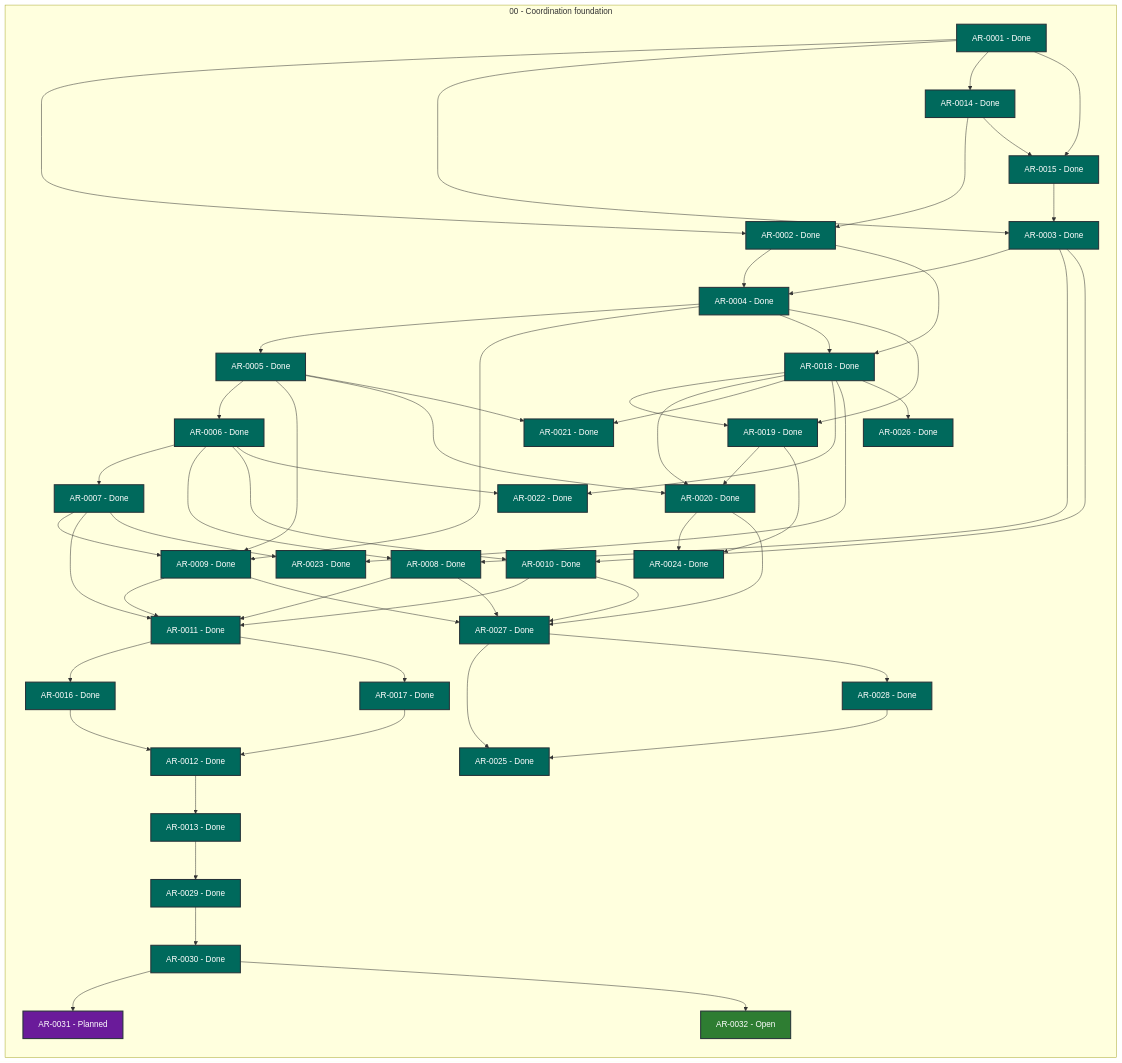
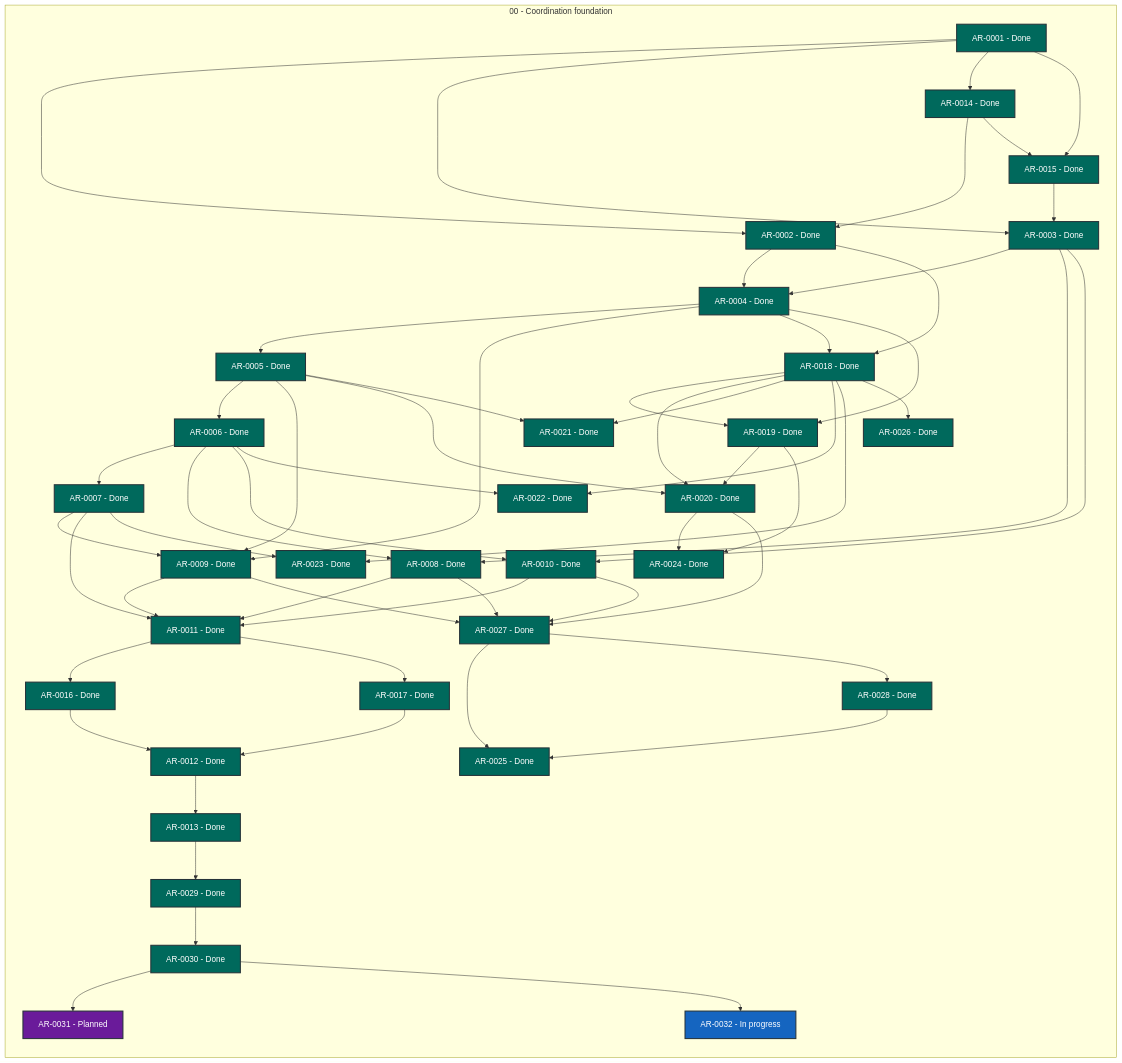
Before and after one commit to martin-beck/agent-workflow-tui-state: the diagram in STATUS.md, drawn with Mermaid. The commit also changed other lines of this file and 2 other files, not shown here.

```diff
--- a/STATUS.md
+++ b/STATUS.md
@@ -59,7 +59,7 @@
         AR_0029["AR-0029 - Done"]:::status_done
         AR_0030["AR-0030 - Done"]:::status_done
         AR_0031["AR-0031 - Planned"]:::status_planned
-        AR_0032["AR-0032 - Open"]:::status_open
+        AR_0032["AR-0032 - In progress"]:::status_in_progress
     end
     AR_0001 --> AR_0002
     AR_0001 --> AR_0003
```
